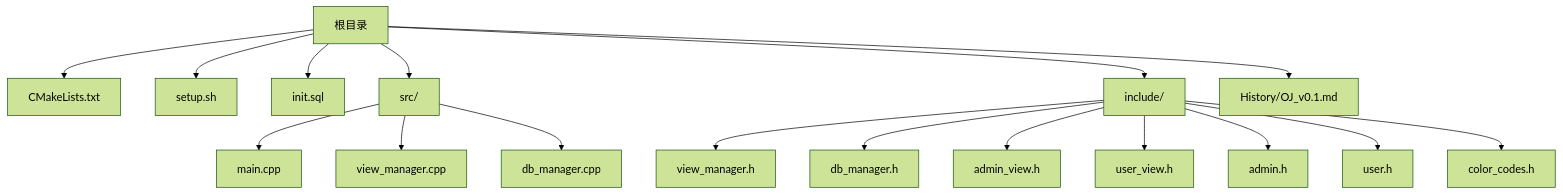
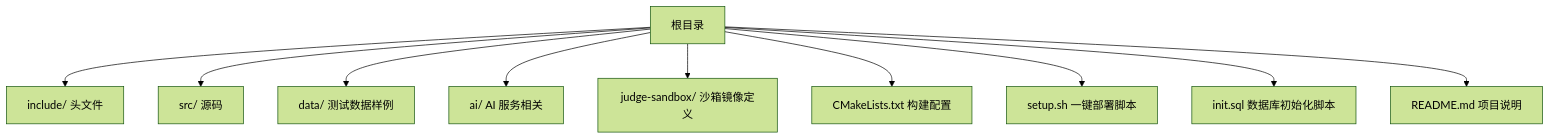
The first of 5 diagrams in .qoder/repowiki/zh/content/快速开始.md (jinpeng900/OJ-Test), drawn with Mermaid (forest theme) before and after one commit. The commit also changed other lines of this file and 126 other files, not shown here.

````diff
--- a/.qoder/repowiki/zh/content/快速开始.md
+++ b/.qoder/repowiki/zh/content/快速开始.md
@@ -44,19 +45,12 @@
 ```mermaid
 graph TB
-Root["根目录"] --> CMake["CMakeLists.txt"]
-Root --> Setup["setup.sh"]
-Root --> Init["init.sql"]
-Root --> Src["src/"]
-Root --> Inc["include/"]
-Root --> Docs["History/OJ_v0.1.md"]
-Src --> Main["main.cpp"]
-Src --> VM["view_manager.cpp"]
-Src --> DBM["db_manager.cpp"]
-Inc --> VMI["view_manager.h"]
-Inc --> DBH["db_manager.h"]
-Inc --> AV["admin_view.h"]
-Inc --> UV["user_view.h"]
-Inc --> AH["admin.h"]
-Inc --> UH["user.h"]
-Inc --> CC["color_codes.h"]
+A["根目录"] --> B["include/ 头文件"]
+A --> C["src/ 源码"]
+A --> D["data/ 测试数据样例"]
+A --> E["ai/ AI 服务相关"]
+A --> F["judge-sandbox/ 沙箱镜像定义"]
+A --> G["CMakeLists.txt 构建配置"]
+A --> H["setup.sh 一键部署脚本"]
+A --> I["init.sql 数据库初始化脚本"]
+A --> J["README.md 项目说明"]
 ```
````
